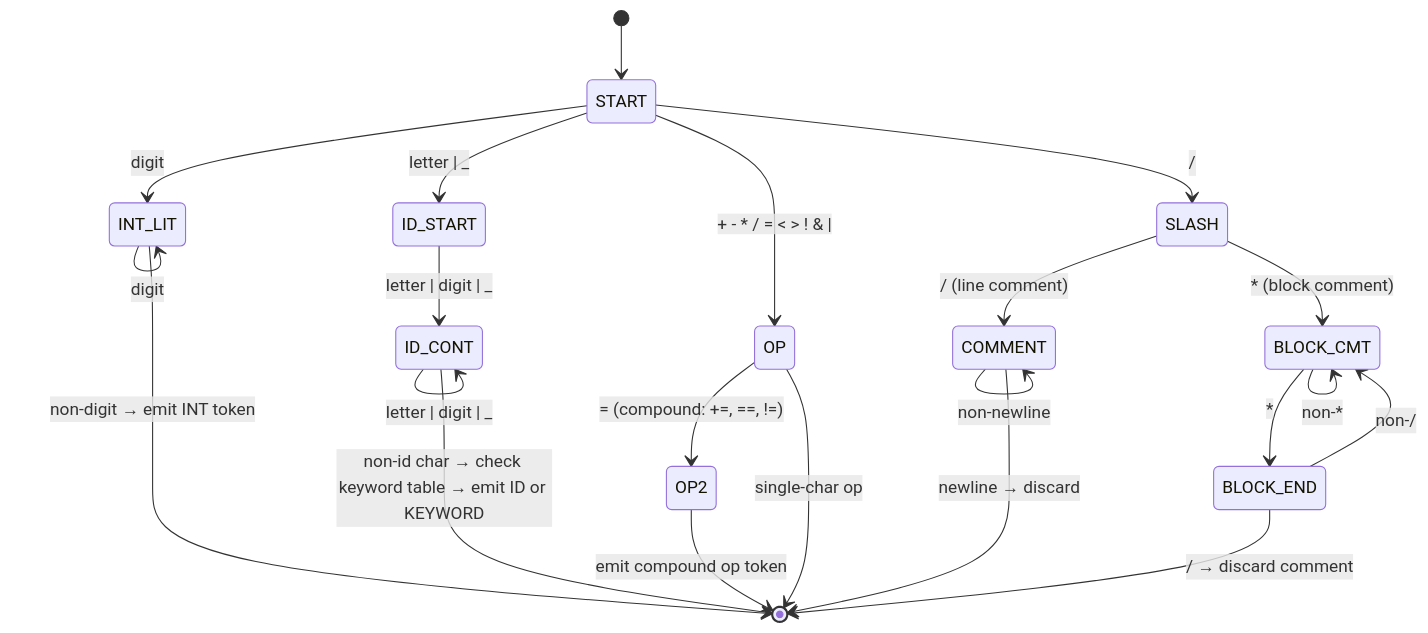
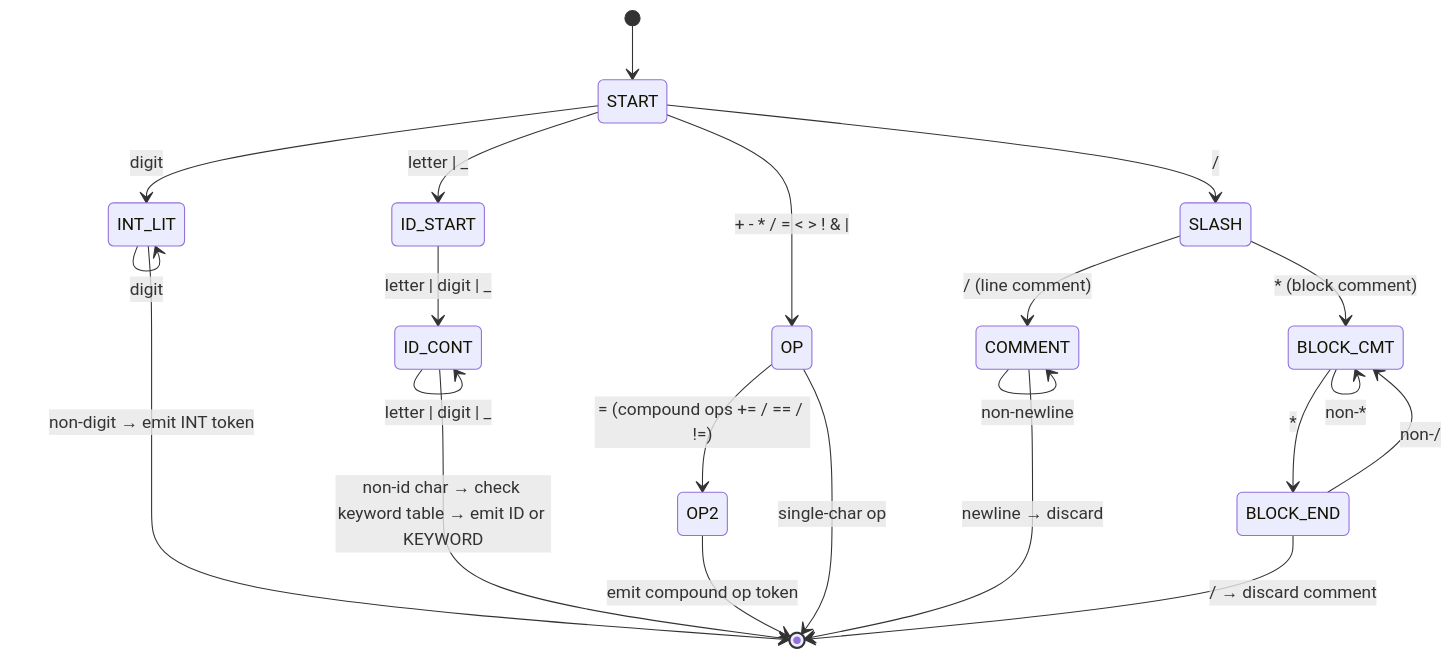
Before and after one commit to choisimo/document: the second of 19 diagrams in docs/books/cs-reference/compiler-internals.md, drawn with Mermaid. The commit also changed 4514 other files, not shown here.

Commit message:
- sequenceDiagram` 내 `;`로 끊기던 메시지/노트 문장 정리 - `stateDiagram` 라벨 내부 추가 `:`/`::` 구문 정리 - `flowchart`에서 줄 끝 `-->` 끊김 체인 정리 - `block-betting` 오타를 `block-beta`로 수정 - 엄격 파서에서 깨지던 수식/특수문자 라벨 일부 ASCII 정규화

````diff
--- a/docs/books/cs-reference/compiler-internals.md
+++ b/docs/books/cs-reference/compiler-internals.md
@@ -40,28 +40,28 @@
 ```mermaid
 stateDiagram-v2
     [*] --> START
     
     START --> INT_LIT: digit
     INT_LIT --> INT_LIT: digit
     INT_LIT --> [*]: non-digit → emit INT token
     
     START --> ID_START: letter | _
     ID_START --> ID_CONT: letter | digit | _
     ID_CONT --> ID_CONT: letter | digit | _
     ID_CONT --> [*]: non-id char → check keyword table → emit ID or KEYWORD
     
     START --> OP: + - * / = < > ! & |
-    OP --> OP2: = (compound: +=, ==, !=)
+    OP --> OP2: = (compound ops += / == / !=)
     OP --> [*]: single-char op
     OP2 --> [*]: emit compound op token
     
     START --> SLASH: /
     SLASH --> COMMENT: /  (line comment)
     SLASH --> BLOCK_CMT: *  (block comment)
     COMMENT --> COMMENT: non-newline
     COMMENT --> [*]: newline → discard
     BLOCK_CMT --> BLOCK_CMT: non-*
     BLOCK_CMT --> BLOCK_END: *
     BLOCK_END --> [*]: / → discard comment
     BLOCK_END --> BLOCK_CMT: non-/
 ```
````
